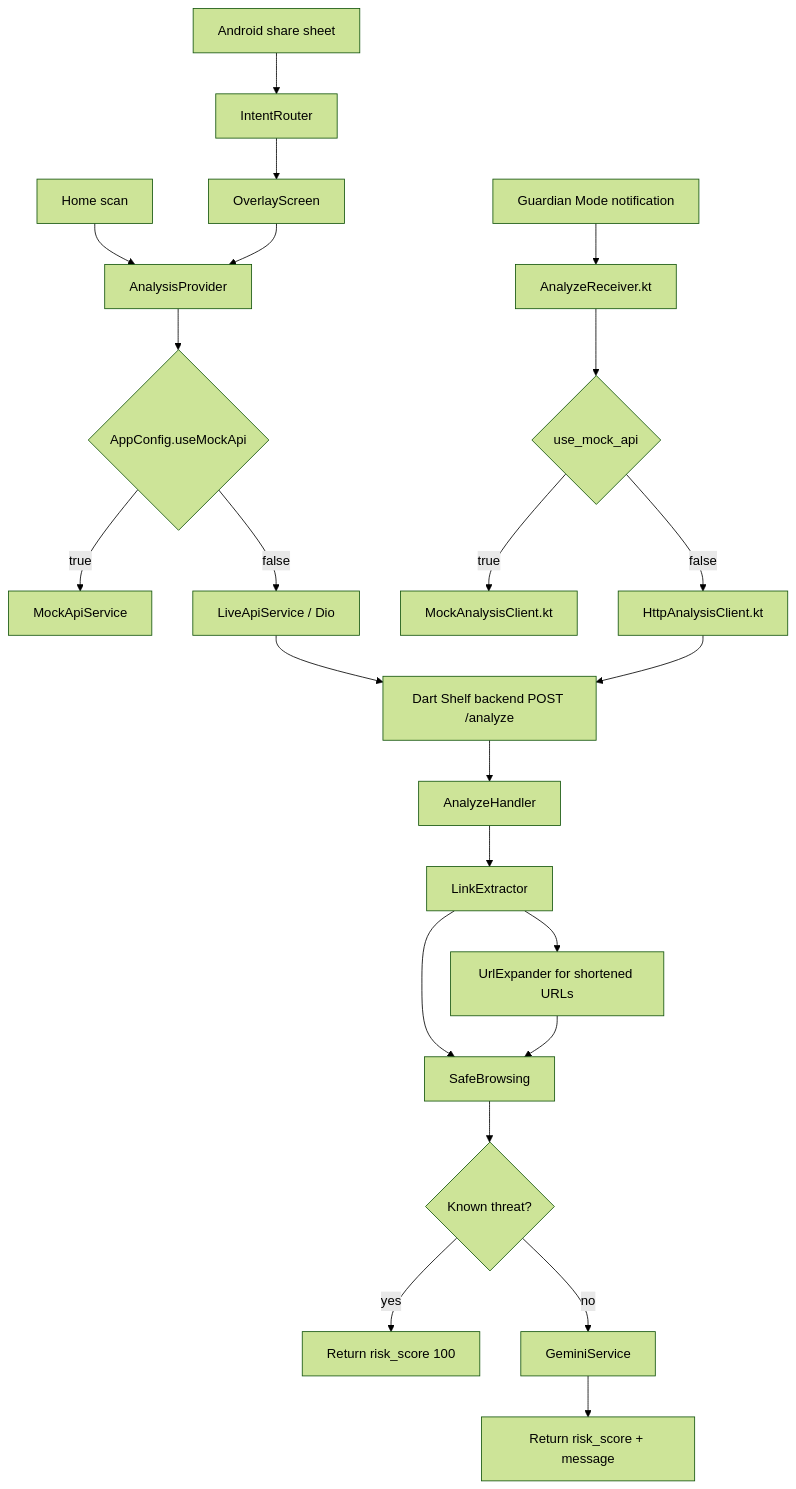
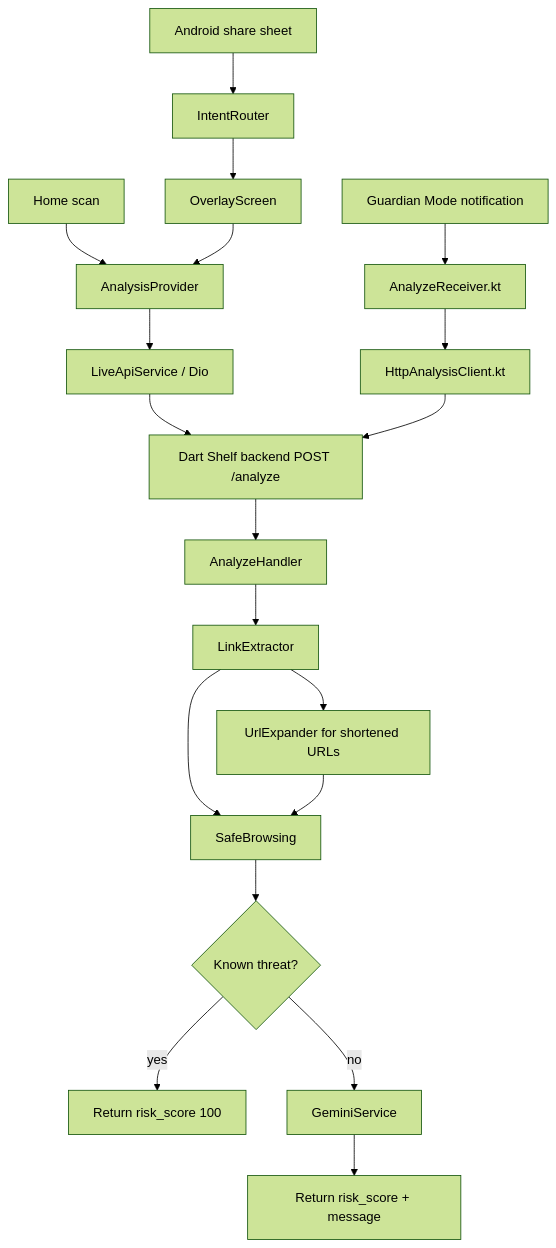
Before and after one commit to nayzinminlwin/HackathonX-FinTech-Forward-26-by-Team-KuCuba: the diagram in docs/TECH_STACK_AND_PIPELINE.md, drawn with Mermaid (forest theme). The commit also changed other lines of this file and 30 other files, not shown here.

````diff
--- a/docs/TECH_STACK_AND_PIPELINE.md
+++ b/docs/TECH_STACK_AND_PIPELINE.md
@@ -71,28 +71,23 @@
 ```mermaid
 flowchart TD
   A["Home scan"] --> P["AnalysisProvider"]
   B["Android share sheet"] --> R["IntentRouter"]
   R --> O["OverlayScreen"]
   O --> P
   C["Guardian Mode notification"] --> K["AnalyzeReceiver.kt"]
 
-  P --> S{"AppConfig.useMockApi"}
-  S -->|true| M["MockApiService"]
-  S -->|false| L["LiveApiService / Dio"]
-
-  K --> N{"use_mock_api"}
-  N -->|true| KM["MockAnalysisClient.kt"]
-  N -->|false| KH["HttpAnalysisClient.kt"]
+  P --> L["LiveApiService / Dio"]
+  K --> KH["HttpAnalysisClient.kt"]
 
   L --> BE["Dart Shelf backend POST /analyze"]
   KH --> BE
   BE --> H["AnalyzeHandler"]
   H --> X["LinkExtractor"]
   X --> U["UrlExpander for shortened URLs"]
   X --> G["SafeBrowsing"]
   U --> G
   G --> Q{"Known threat?"}
   Q -->|yes| T["Return risk_score 100"]
   Q -->|no| AI["GeminiService"]
   AI --> J["Return risk_score + message"]
 ```
````
